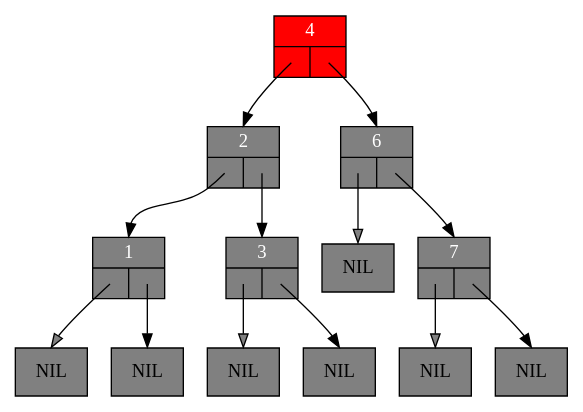
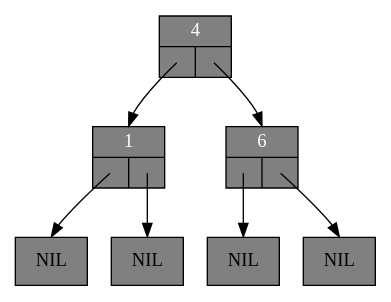
One commit to NOTuglyduckling/C changed the diagram in Algo3/base_code_lab6/Code/thetree-4.dot. Above: the diagram before and after it, drawn with Graphviz. The commit also changed 66 other files, not shown here.

```diff
--- a/Algo3/base_code_lab6/Code/thetree-4.dot
+++ b/Algo3/base_code_lab6/Code/thetree-4.dot
@@ -1,31 +1,19 @@
 digraph RedBlackTree {
 	graph [ranksep=0.5];
 	node [shape = record];
 
 	n1 [style=filled, fillcolor=grey, fontcolor=white, label="{1|{<left>|<right>}}"];
 	lnil1 [style=filled, fillcolor=grey, label="NIL"];
-	n1:left:c -> lnil1:n [fillcolor=grey, headclip=false, tailclip=false]
+	n1:left:c -> lnil1:n [headclip=false, tailclip=false]
 	rnil1 [style=filled, fillcolor=grey, label="NIL"];
 	n1:right:c -> rnil1:n [headclip=false, tailclip=false]
-	n2 [style=filled, fillcolor=grey, fontcolor=white, label="{2|{<left>|<right>}}"];
-	n2:left:c -> n1:n [headclip=false, tailclip=false]
-	n2:right:c -> n3:n [headclip=false, tailclip=false]
-	n3 [style=filled, fillcolor=grey, fontcolor=white, label="{3|{<left>|<right>}}"];
-	lnil3 [style=filled, fillcolor=grey, label="NIL"];
-	n3:left:c -> lnil3:n [fillcolor=grey, headclip=false, tailclip=false]
-	rnil3 [style=filled, fillcolor=grey, label="NIL"];
-	n3:right:c -> rnil3:n [headclip=false, tailclip=false]
-	n4 [style=filled, fillcolor=red, fontcolor=white, label="{4|{<left>|<right>}}"];
-	n4:left:c -> n2:n [headclip=false, tailclip=false]
+	n4 [style=filled, fillcolor=grey, fontcolor=white, label="{4|{<left>|<right>}}"];
+	n4:left:c -> n1:n [headclip=false, tailclip=false]
 	n4:right:c -> n6:n [headclip=false, tailclip=false]
 	n6 [style=filled, fillcolor=grey, fontcolor=white, label="{6|{<left>|<right>}}"];
 	lnil6 [style=filled, fillcolor=grey, label="NIL"];
-	n6:left:c -> lnil6:n [fillcolor=grey, headclip=false, tailclip=false]
-	n6:right:c -> n7:n [headclip=false, tailclip=false]
-	n7 [style=filled, fillcolor=grey, fontcolor=white, label="{7|{<left>|<right>}}"];
-	lnil7 [style=filled, fillcolor=grey, label="NIL"];
-	n7:left:c -> lnil7:n [fillcolor=grey, headclip=false, tailclip=false]
-	rnil7 [style=filled, fillcolor=grey, label="NIL"];
-	n7:right:c -> rnil7:n [headclip=false, tailclip=false]
+	n6:left:c -> lnil6:n [headclip=false, tailclip=false]
+	rnil6 [style=filled, fillcolor=grey, label="NIL"];
+	n6:right:c -> rnil6:n [headclip=false, tailclip=false]
 
 }
```
